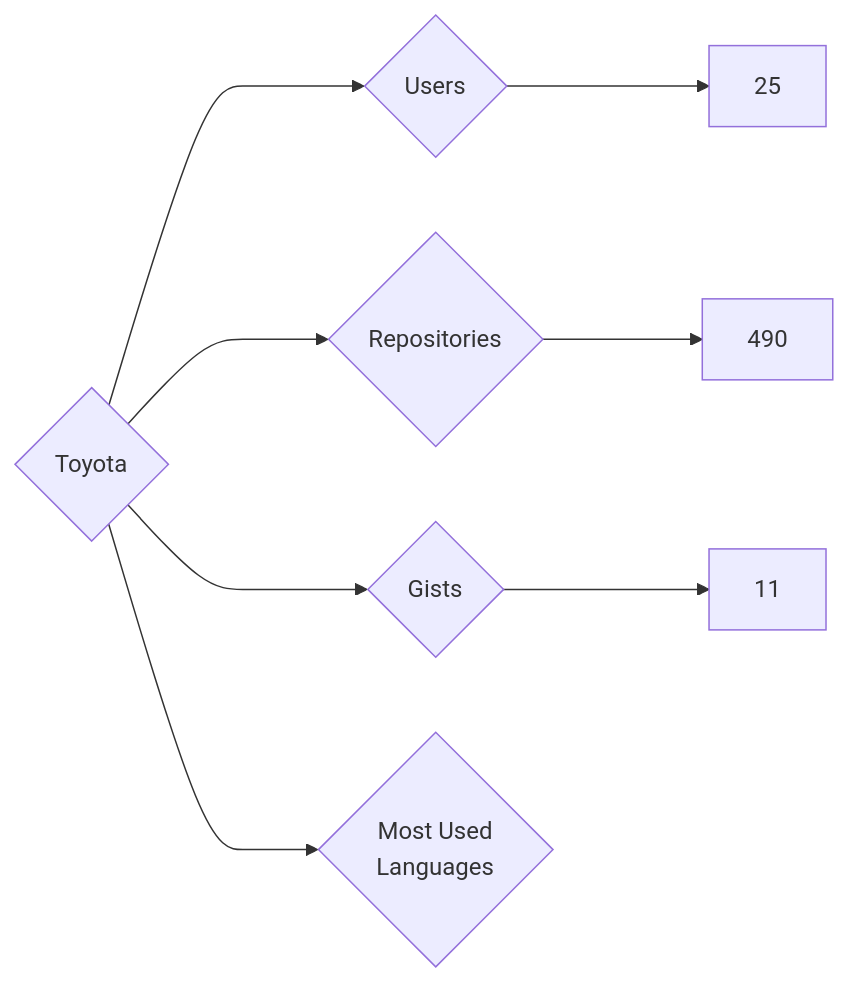
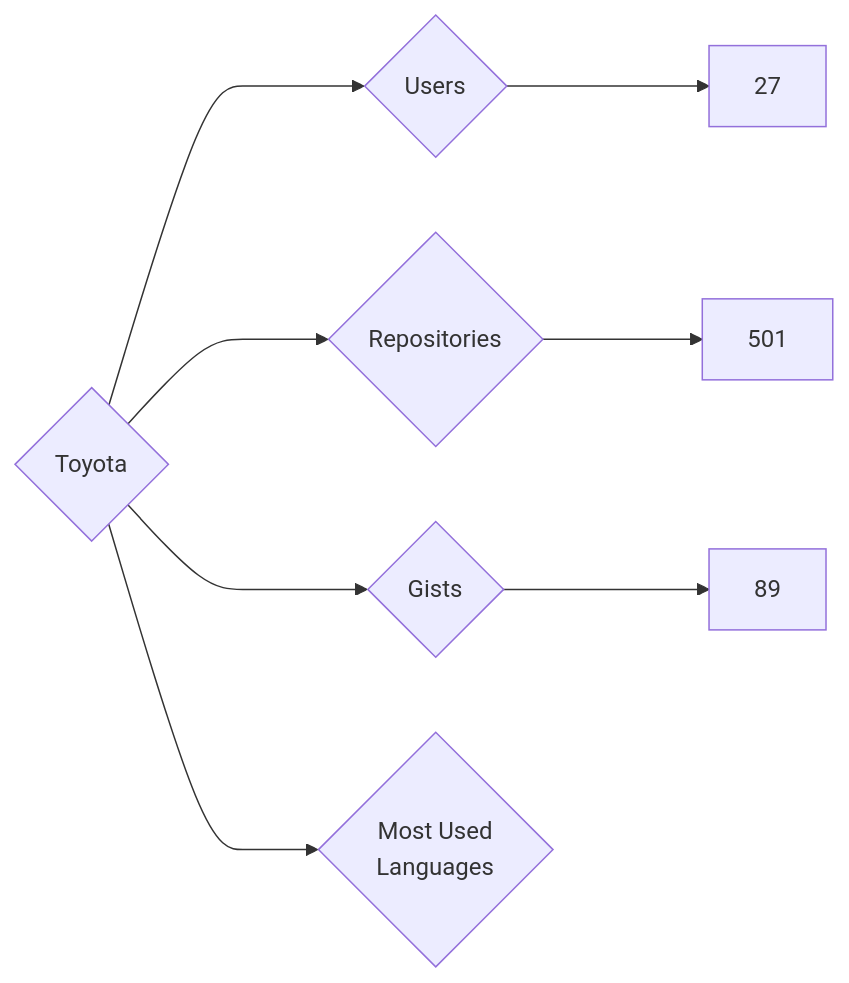
Before and after one commit to nenadzaric/insiders: the diagram in targets/Toyota/README.md, drawn with Mermaid. The commit also changed 1342 other files, not shown here.

````diff
--- a/targets/Toyota/README.md
+++ b/targets/Toyota/README.md
@@ -3,8 +3,8 @@
 ```mermaid
 graph LR
 COMPANY_NAME{Toyota}
-COMPANY_NAME ---> U{Users} ---> UN[25]
-COMPANY_NAME ---> R{Repositories} ---> RN[490]
-COMPANY_NAME ---> G{Gists} ---> GN[11]
+COMPANY_NAME ---> U{Users} ---> UN[27]
+COMPANY_NAME ---> R{Repositories} ---> RN[501]
+COMPANY_NAME ---> G{Gists} ---> GN[89]
 COMPANY_NAME ---> ML{Most Used<br>Languages}
 ```
````
